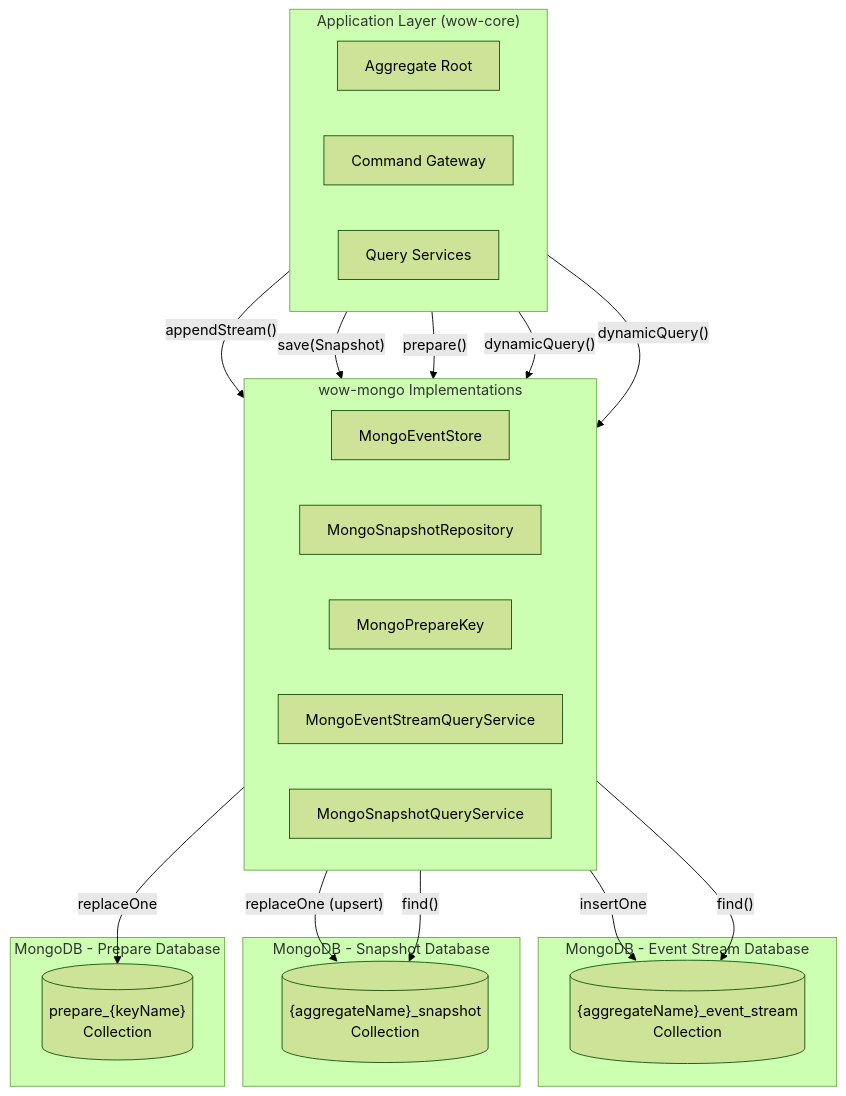
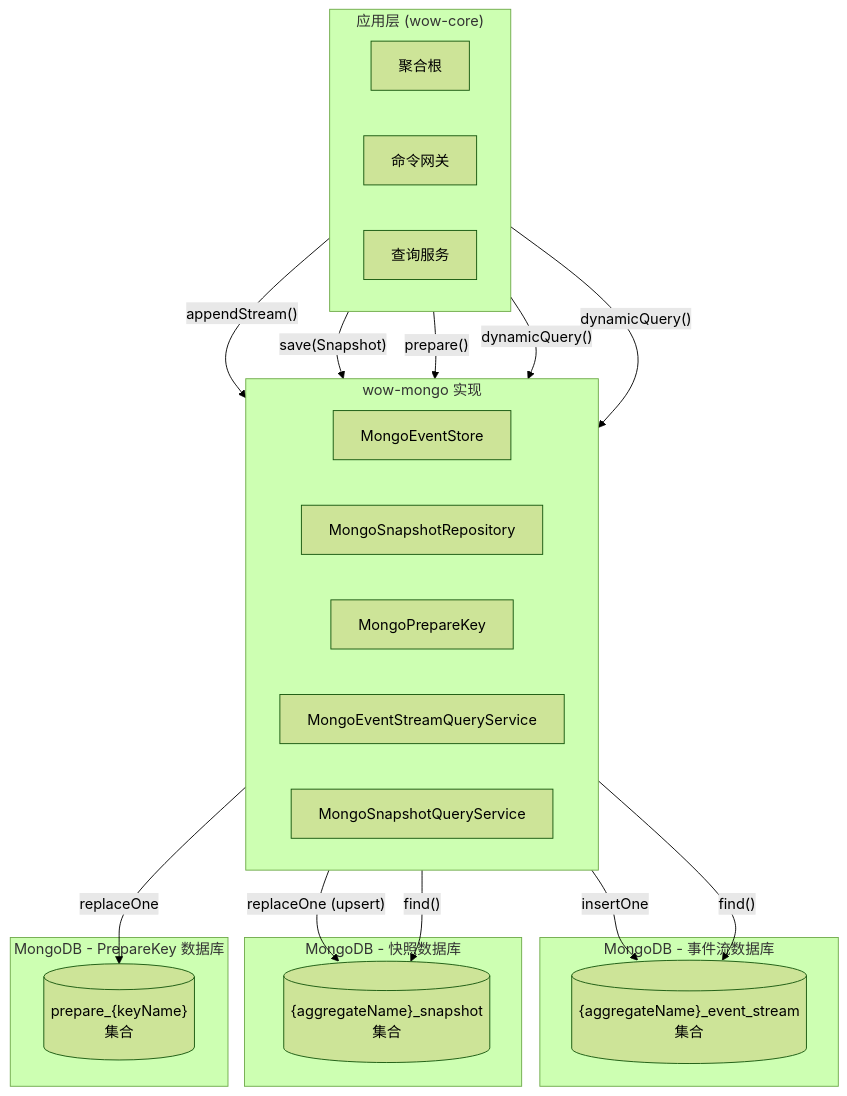
The first of 3 diagrams in documentation/docs/zh/guide/extensions/mongo.md (Ahoo-Wang/Wow), drawn with Mermaid (forest theme) before and after one commit. The commit also changed other lines of this file and 11 other files, not shown here.

````diff
--- a/documentation/docs/zh/guide/extensions/mongo.md
+++ b/documentation/docs/zh/guide/extensions/mongo.md
@@ -20,41 +20,41 @@
 ```mermaid
 graph TB
-    subgraph App["Application Layer (wow-core)"]
+    subgraph App["应用层 (wow-core)"]
         direction LR
-        AR["Aggregate Root"]
-        CM["Command Gateway"]
-        QS["Query Services"]
+        AR["聚合根"]
+        CM["命令网关"]
+        QS["查询服务"]
     end
 
-    subgraph MongoEvent["MongoDB - Event Stream Database"]
-        ESColl[("{aggregateName}_event_stream<br>Collection")]
+    subgraph MongoEvent["MongoDB - 事件流数据库"]
+        ESColl[("{aggregateName}_event_stream<br>集合")]
     end
 
-    subgraph MongoSnap["MongoDB - Snapshot Database"]
-        SSCol[("{aggregateName}_snapshot<br>Collection")]
+    subgraph MongoSnap["MongoDB - 快照数据库"]
+        SSCol[("{aggregateName}_snapshot<br>集合")]
     end
 
-    subgraph MongoPrep["MongoDB - Prepare Database"]
-        PKCol[("prepare_{keyName}<br>Collection")]
+    subgraph MongoPrep["MongoDB - PrepareKey 数据库"]
+        PKCol[("prepare_{keyName}<br>集合")]
     end
 
-    subgraph Impl["wow-mongo Implementations"]
+    subgraph Impl["wow-mongo 实现"]
         direction LR
         MES["MongoEventStore"]
         MSR["MongoSnapshotRepository"]
         MPK["MongoPrepareKey"]
         MESQ["MongoEventStreamQueryService"]
         MSQS["MongoSnapshotQueryService"]
     end
 
     AR -->|"appendStream()"| MES
     MES -->|"insertOne"| ESColl
     AR -->|"save(Snapshot)"| MSR
     MSR -->|"replaceOne (upsert)"| SSCol
     CM -->|"prepare()"| MPK
     MPK -->|"replaceOne"| PKCol
     QS -->|"dynamicQuery()"| MESQ
     MESQ -->|"find()"| ESColl
     QS -->|"dynamicQuery()"| MSQS
     MSQS -->|"find()"| SSCol
 ```
````
